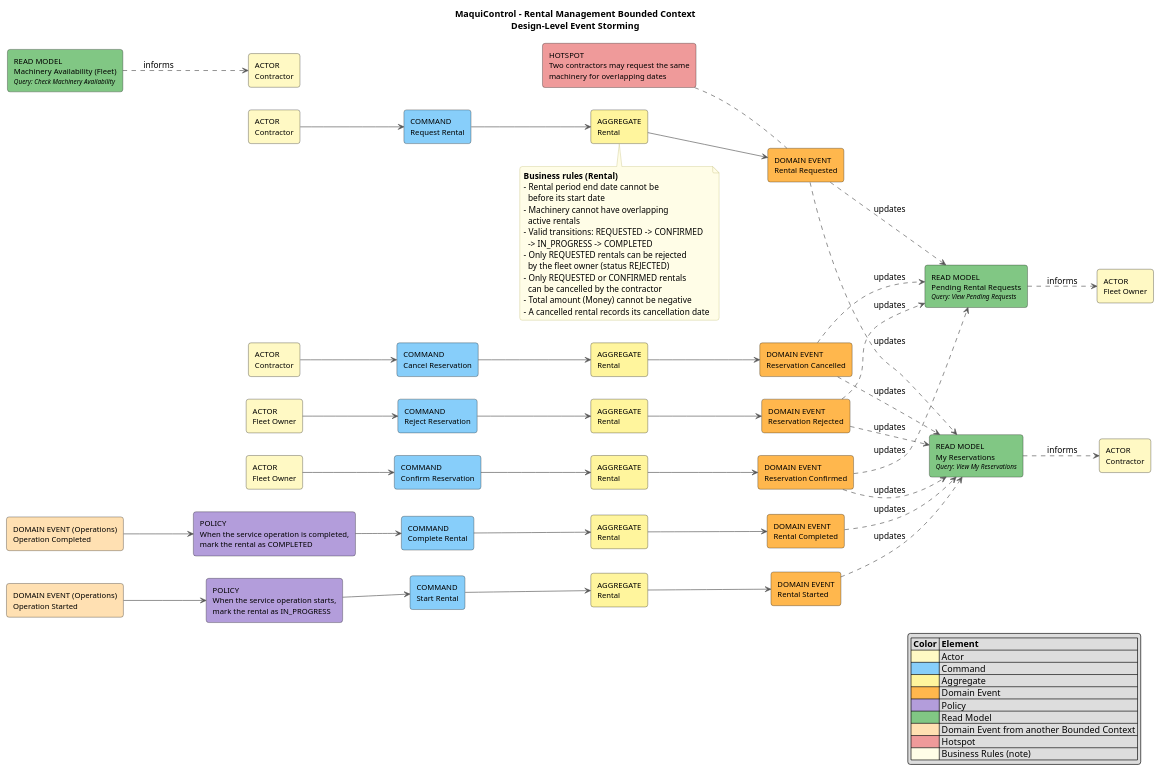
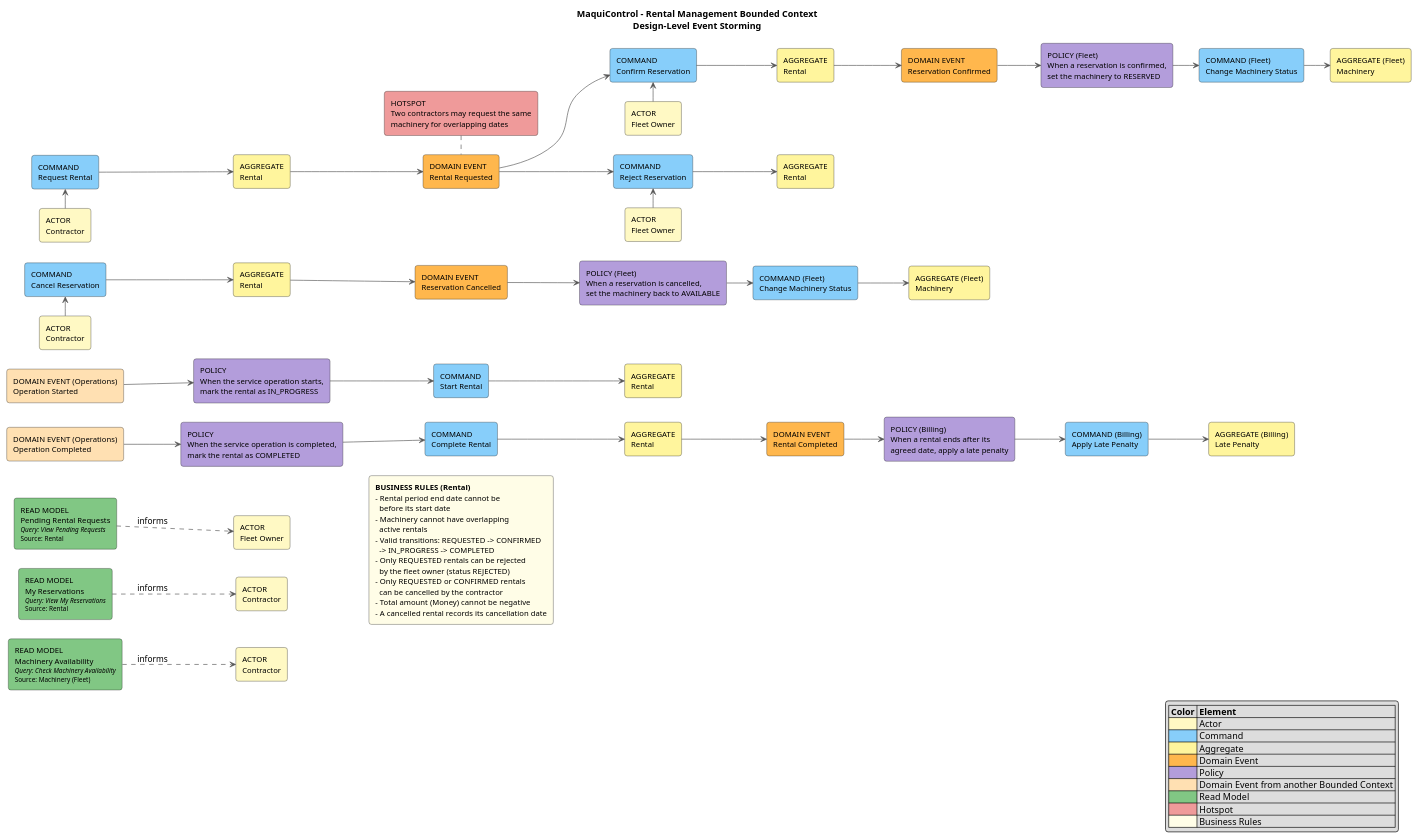
The diagram in docs/architecture/event-storming/rental-management-design-level.puml (upc-pre-202620-1asi0729-7750-heavytech/maquicontrol-report), drawn with PlantUML before and after one commit. The commit also changed 17 other files, not shown here.

Commit message:
docs(event-storming): redraw diagrams as horizontal timelines with policy chains

```diff
--- a/docs/architecture/event-storming/rental-management-design-level.puml
+++ b/docs/architecture/event-storming/rental-management-design-level.puml
@@ -1,115 +1,111 @@
 @startuml
 title MaquiControl - Rental Management Bounded Context\nDesign-Level Event Storming
 
 left to right direction
 skinparam shadowing false
 skinparam roundcorner 8
 skinparam defaultFontName Arial
 skinparam rectangleFontSize 12
-skinparam noteBackgroundColor #FFFDE7
+skinparam ArrowColor #555555
 skinparam noteBorderColor #BDB76B
-skinparam ArrowColor #555555
+skinparam nodesep 30
+skinparam ranksep 40
 
-' ===== Actor -> Command -> Aggregate -> Domain Event =====
-rectangle "COMMAND\nRequest Rental" as CMD_REQUEST_RENTAL #87CEFA
-rectangle "AGGREGATE\nRental" as AGG_RENTAL_0 #FFF59D
-rectangle "DOMAIN EVENT\nRental Requested" as EVT_RENTAL_REQUESTED #FFB74D
-rectangle "ACTOR\nContractor" as ACT_CONTRACTOR_0 #FFF9C4
-rectangle "COMMAND\nConfirm Reservation" as CMD_CONFIRM_RESERVATION #87CEFA
-rectangle "AGGREGATE\nRental" as AGG_RENTAL_1 #FFF59D
-rectangle "DOMAIN EVENT\nReservation Confirmed" as EVT_RESERVATION_CONFIRMED #FFB74D
-rectangle "ACTOR\nFleet Owner" as ACT_FLEET_OWNER_1 #FFF9C4
-rectangle "COMMAND\nReject Reservation" as CMD_REJECT_RESERVATION #87CEFA
-rectangle "AGGREGATE\nRental" as AGG_RENTAL_5 #FFF59D
-rectangle "DOMAIN EVENT\nReservation Rejected" as EVT_RESERVATION_REJECTED #FFB74D
-rectangle "ACTOR\nFleet Owner" as ACT_FLEET_OWNER_5 #FFF9C4
-rectangle "COMMAND\nCancel Reservation" as CMD_CANCEL_RESERVATION #87CEFA
-rectangle "AGGREGATE\nRental" as AGG_RENTAL_2 #FFF59D
-rectangle "DOMAIN EVENT\nReservation Cancelled" as EVT_RESERVATION_CANCELLED #FFB74D
-rectangle "ACTOR\nContractor" as ACT_CONTRACTOR_2 #FFF9C4
-rectangle "COMMAND\nStart Rental" as CMD_START_RENTAL #87CEFA
-rectangle "AGGREGATE\nRental" as AGG_RENTAL_3 #FFF59D
-rectangle "DOMAIN EVENT\nRental Started" as EVT_RENTAL_STARTED #FFB74D
-rectangle "COMMAND\nComplete Rental" as CMD_COMPLETE_RENTAL #87CEFA
-rectangle "AGGREGATE\nRental" as AGG_RENTAL_4 #FFF59D
-rectangle "DOMAIN EVENT\nRental Completed" as EVT_RENTAL_COMPLETED #FFB74D
+rectangle "COMMAND\nRequest Rental" as CMD_1 #87CEFA
+rectangle "ACTOR\nContractor" as ACT_2 #FFF9C4
+ACT_2 -left-> CMD_1
+rectangle "AGGREGATE\nRental" as AGG_3 #FFF59D
+CMD_1 --> AGG_3
+rectangle "DOMAIN EVENT\nRental Requested" as EVT_4 #FFB74D
+AGG_3 --> EVT_4
+rectangle "COMMAND\nConfirm Reservation" as CMD_5 #87CEFA
+rectangle "ACTOR\nFleet Owner" as ACT_6 #FFF9C4
+ACT_6 -left-> CMD_5
+EVT_4 --> CMD_5
+rectangle "AGGREGATE\nRental" as AGG_7 #FFF59D
+CMD_5 --> AGG_7
+rectangle "DOMAIN EVENT\nReservation Confirmed" as EVT_8 #FFB74D
+AGG_7 --> EVT_8
+rectangle "POLICY (Fleet)\nWhen a reservation is confirmed,\nset the machinery to RESERVED" as POL_9 #B39DDB
+EVT_8 --> POL_9
+rectangle "COMMAND (Fleet)\nChange Machinery Status" as CMD_10 #87CEFA
+POL_9 --> CMD_10
+rectangle "AGGREGATE (Fleet)\nMachinery" as AGG_11 #FFF59D
+CMD_10 --> AGG_11
+rectangle "HOTSPOT\nTwo contractors may request the same\nmachinery for overlapping dates" as HOT_12 #EF9A9A
+HOT_12 .right. EVT_4
+rectangle "COMMAND\nReject Reservation" as CMD_13 #87CEFA
+rectangle "ACTOR\nFleet Owner" as ACT_14 #FFF9C4
+ACT_14 -left-> CMD_13
+EVT_4 --> CMD_13
+rectangle "AGGREGATE\nRental" as AGG_15 #FFF59D
+CMD_13 --> AGG_15
+rectangle "COMMAND\nCancel Reservation" as CMD_16 #87CEFA
+rectangle "ACTOR\nContractor" as ACT_17 #FFF9C4
+ACT_17 -left-> CMD_16
+rectangle "AGGREGATE\nRental" as AGG_18 #FFF59D
+CMD_16 --> AGG_18
+rectangle "DOMAIN EVENT\nReservation Cancelled" as EVT_19 #FFB74D
+AGG_18 --> EVT_19
+rectangle "POLICY (Fleet)\nWhen a reservation is cancelled,\nset the machinery back to AVAILABLE" as POL_20 #B39DDB
+EVT_19 --> POL_20
+rectangle "COMMAND (Fleet)\nChange Machinery Status" as CMD_21 #87CEFA
+POL_20 --> CMD_21
+rectangle "AGGREGATE (Fleet)\nMachinery" as AGG_22 #FFF59D
+CMD_21 --> AGG_22
+rectangle "DOMAIN EVENT (Operations)\nOperation Started" as XEVT_23 #FFE0B2
+rectangle "POLICY\nWhen the service operation starts,\nmark the rental as IN_PROGRESS" as POL_24 #B39DDB
+XEVT_23 --> POL_24
+rectangle "COMMAND\nStart Rental" as CMD_25 #87CEFA
+POL_24 --> CMD_25
+rectangle "AGGREGATE\nRental" as AGG_26 #FFF59D
+CMD_25 --> AGG_26
+rectangle "DOMAIN EVENT (Operations)\nOperation Completed" as XEVT_27 #FFE0B2
+rectangle "POLICY\nWhen the service operation is completed,\nmark the rental as COMPLETED" as POL_28 #B39DDB
+XEVT_27 --> POL_28
+rectangle "COMMAND\nComplete Rental" as CMD_29 #87CEFA
+POL_28 --> CMD_29
+rectangle "AGGREGATE\nRental" as AGG_30 #FFF59D
+CMD_29 --> AGG_30
+rectangle "DOMAIN EVENT\nRental Completed" as EVT_31 #FFB74D
+AGG_30 --> EVT_31
+rectangle "POLICY (Billing)\nWhen a rental ends after its\nagreed date, apply a late penalty" as POL_32 #B39DDB
+EVT_31 --> POL_32
+rectangle "COMMAND (Billing)\nApply Late Penalty" as CMD_33 #87CEFA
+POL_32 --> CMD_33
+rectangle "AGGREGATE (Billing)\nLate Penalty" as AGG_34 #FFF59D
+CMD_33 --> AGG_34
+rectangle "<b>BUSINESS RULES (Rental)</b>\n- Rental period end date cannot be\n  before its start date\n- Machinery cannot have overlapping\n  active rentals\n- Valid transitions: REQUESTED -> CONFIRMED\n  -> IN_PROGRESS -> COMPLETED\n- Only REQUESTED rentals can be rejected\n  by the fleet owner (status REJECTED)\n- Only REQUESTED or CONFIRMED rentals\n  can be cancelled by the contractor\n- Total amount (Money) cannot be negative\n- A cancelled rental records its cancellation date" as BR_35 #FFFDE7
+rectangle "READ MODEL\nPending Rental Requests\n<size:10><i>Query: View Pending Requests</i></size>\n<size:10>Source: Rental</size>" as RM_36 #81C784
+rectangle "ACTOR\nFleet Owner" as ACT_37 #FFF9C4
+RM_36 ..> ACT_37 : informs
+rectangle "READ MODEL\nMy Reservations\n<size:10><i>Query: View My Reservations</i></size>\n<size:10>Source: Rental</size>" as RM_38 #81C784
+rectangle "ACTOR\nContractor" as ACT_39 #FFF9C4
+RM_38 ..> ACT_39 : informs
+rectangle "READ MODEL\nMachinery Availability\n<size:10><i>Query: Check Machinery Availability</i></size>\n<size:10>Source: Machinery (Fleet)</size>" as RM_40 #81C784
+rectangle "ACTOR\nContractor" as ACT_41 #FFF9C4
+RM_40 ..> ACT_41 : informs
 
-' ===== Policies =====
-rectangle "DOMAIN EVENT (Operations)\nOperation Started" as XEVT_OPERATION_STARTED #FFE0B2
-rectangle "POLICY\nWhen the service operation starts,\nmark the rental as IN_PROGRESS" as POL_0 #B39DDB
-rectangle "DOMAIN EVENT (Operations)\nOperation Completed" as XEVT_OPERATION_COMPLETED #FFE0B2
-rectangle "POLICY\nWhen the service operation is completed,\nmark the rental as COMPLETED" as POL_1 #B39DDB
-
-' ===== Read Models =====
-rectangle "READ MODEL\nPending Rental Requests\n<size:10><i>Query: View Pending Requests</i></size>" as RM_0 #81C784
-rectangle "ACTOR\nFleet Owner" as ACT_RM_0 #FFF9C4
-rectangle "READ MODEL\nMy Reservations\n<size:10><i>Query: View My Reservations</i></size>" as RM_1 #81C784
-rectangle "ACTOR\nContractor" as ACT_RM_1 #FFF9C4
-rectangle "READ MODEL\nMachinery Availability (Fleet)\n<size:10><i>Query: Check Machinery Availability</i></size>" as RM_2 #81C784
-rectangle "ACTOR\nContractor" as ACT_RM_2 #FFF9C4
-rectangle "HOTSPOT\nTwo contractors may request the same\nmachinery for overlapping dates" as HOT_0 #EF9A9A
-
-ACT_CONTRACTOR_0 --> CMD_REQUEST_RENTAL
-CMD_REQUEST_RENTAL --> AGG_RENTAL_0
-AGG_RENTAL_0 --> EVT_RENTAL_REQUESTED
-note bottom of AGG_RENTAL_0
-<b>Business rules (Rental)</b>
-- Rental period end date cannot be
-  before its start date
-- Machinery cannot have overlapping
-  active rentals
-- Valid transitions: REQUESTED -> CONFIRMED
-  -> IN_PROGRESS -> COMPLETED
-- Only REQUESTED rentals can be rejected
-  by the fleet owner (status REJECTED)
-- Only REQUESTED or CONFIRMED rentals
-  can be cancelled by the contractor
-- Total amount (Money) cannot be negative
-- A cancelled rental records its cancellation date
-end note
-ACT_FLEET_OWNER_1 --> CMD_CONFIRM_RESERVATION
-CMD_CONFIRM_RESERVATION --> AGG_RENTAL_1
-AGG_RENTAL_1 --> EVT_RESERVATION_CONFIRMED
-ACT_FLEET_OWNER_5 --> CMD_REJECT_RESERVATION
-CMD_REJECT_RESERVATION --> AGG_RENTAL_5
-AGG_RENTAL_5 --> EVT_RESERVATION_REJECTED
-ACT_CONTRACTOR_2 --> CMD_CANCEL_RESERVATION
-CMD_CANCEL_RESERVATION --> AGG_RENTAL_2
-AGG_RENTAL_2 --> EVT_RESERVATION_CANCELLED
-CMD_START_RENTAL --> AGG_RENTAL_3
-AGG_RENTAL_3 --> EVT_RENTAL_STARTED
-CMD_COMPLETE_RENTAL --> AGG_RENTAL_4
-AGG_RENTAL_4 --> EVT_RENTAL_COMPLETED
-XEVT_OPERATION_STARTED --> POL_0
-POL_0 --> CMD_START_RENTAL
-XEVT_OPERATION_COMPLETED --> POL_1
-POL_1 --> CMD_COMPLETE_RENTAL
-EVT_RENTAL_REQUESTED ..> RM_0 : updates
-EVT_RESERVATION_CONFIRMED ..> RM_0 : updates
-EVT_RESERVATION_CANCELLED ..> RM_0 : updates
-EVT_RESERVATION_REJECTED ..> RM_0 : updates
-EVT_RESERVATION_REJECTED ..> RM_1 : updates
-RM_0 ..> ACT_RM_0 : informs
-EVT_RENTAL_REQUESTED ..> RM_1 : updates
-EVT_RESERVATION_CONFIRMED ..> RM_1 : updates
-EVT_RESERVATION_CANCELLED ..> RM_1 : updates
-EVT_RENTAL_STARTED ..> RM_1 : updates
-EVT_RENTAL_COMPLETED ..> RM_1 : updates
-RM_1 ..> ACT_RM_1 : informs
-RM_2 ..> ACT_RM_2 : informs
-HOT_0 .. EVT_RENTAL_REQUESTED
+' Flows are stacked from top to bottom; each one reads left to right
+CMD_16 -[hidden]left-> CMD_1
+XEVT_23 -[hidden]left-> CMD_16
+XEVT_27 -[hidden]left-> XEVT_23
+RM_36 -[hidden]left-> XEVT_27
+RM_38 -[hidden]left-> RM_36
+RM_40 -[hidden]left-> RM_38
+ACT_37 -[hidden]-> BR_35
 
 legend right
 |= Color |= Element |
 |<#FFF9C4>| Actor |
 |<#87CEFA>| Command |
 |<#FFF59D>| Aggregate |
 |<#FFB74D>| Domain Event |
 |<#B39DDB>| Policy |
+|<#FFE0B2>| Domain Event from another Bounded Context |
 |<#81C784>| Read Model |
-|<#FFE0B2>| Domain Event from another Bounded Context |
 |<#EF9A9A>| Hotspot |
-|<#FFFDE7>| Business Rules (note) |
+|<#FFFDE7>| Business Rules |
 endlegend
 
 @enduml
```
